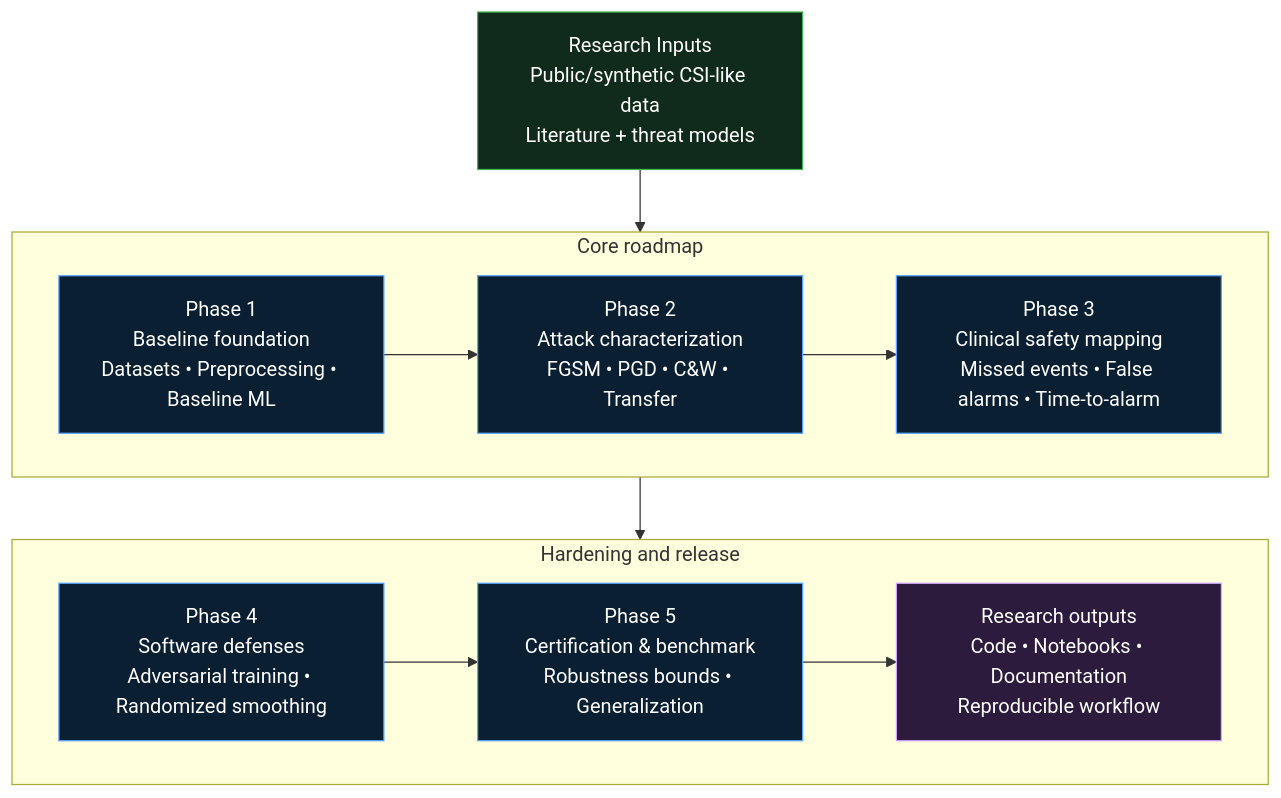
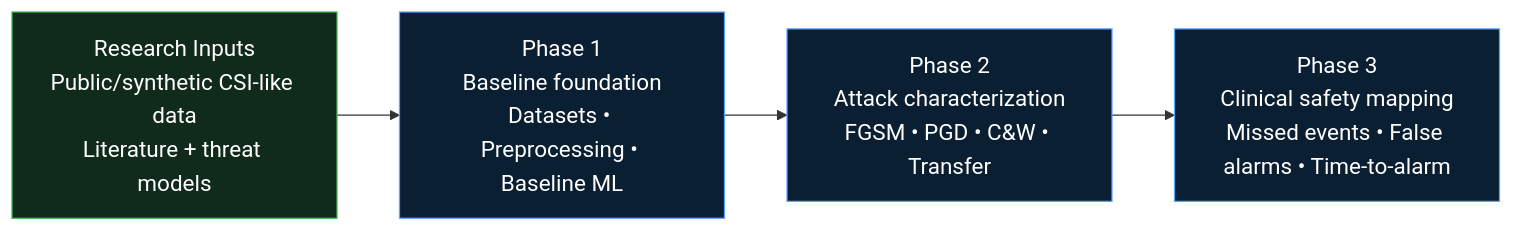
The diagram in projects/README.md (shahram-h-hesari/secure-wifi-csi-healthcare-sensing), drawn with Mermaid before and after one commit. The commit also changed other lines of this file, not shown here.

````diff
--- a/projects/README.md
+++ b/projects/README.md
@@ -12,34 +14,13 @@
 ```mermaid
-flowchart TB
-
-  I["Research Inputs<br/>Public/synthetic CSI-like data<br/>Literature + threat models"]
-
-  subgraph Row1["Core roadmap"]
-    direction LR
-    P1["Phase 1<br/>Baseline foundation<br/>Datasets • Preprocessing • Baseline ML"]
-    P2["Phase 2<br/>Attack characterization<br/>FGSM • PGD • C&W • Transfer"]
-    P3["Phase 3<br/>Clinical safety mapping<br/>Missed events • False alarms • Time-to-alarm"]
-  end
-
-  subgraph Row2["Hardening and release"]
-    direction LR
-    P4["Phase 4<br/>Software defenses<br/>Adversarial training • Randomized smoothing"]
-    P5["Phase 5<br/>Certification & benchmark<br/>Robustness bounds • Generalization"]
-    O["Research outputs<br/>Code • Notebooks • Documentation<br/>Reproducible workflow"]
-  end
-
-  I --> P1
-  P1 --> P2
-  P2 --> P3
-  P3 --> P4
-  P4 --> P5
-  P5 --> O
+%%{init: {"themeVariables": {"fontSize": "18px"}} }%%
+flowchart LR
+  I["Research Inputs<br/>Public/synthetic CSI-like data<br/>Literature + threat models"] --> P1["Phase 1<br/>Baseline foundation<br/>Datasets • Preprocessing • Baseline ML"]
+  P1 --> P2["Phase 2<br/>Attack characterization<br/>FGSM • PGD • C&W • Transfer"]
+  P2 --> P3["Phase 3<br/>Clinical safety mapping<br/>Missed events • False alarms • Time-to-alarm"]
 
   classDef input fill:#102A1B,stroke:#3FB950,color:#FFFFFF,stroke-width:1px;
   classDef phase fill:#0B1F33,stroke:#58A6FF,color:#FFFFFF,stroke-width:1px;
-  classDef output fill:#2D1B3D,stroke:#D2A8FF,color:#FFFFFF,stroke-width:1px;
 
   class I input;
-  class P1,P2,P3,P4,P5 phase;
-  class O output;
+  class P1,P2,P3 phase;
 ```
````
